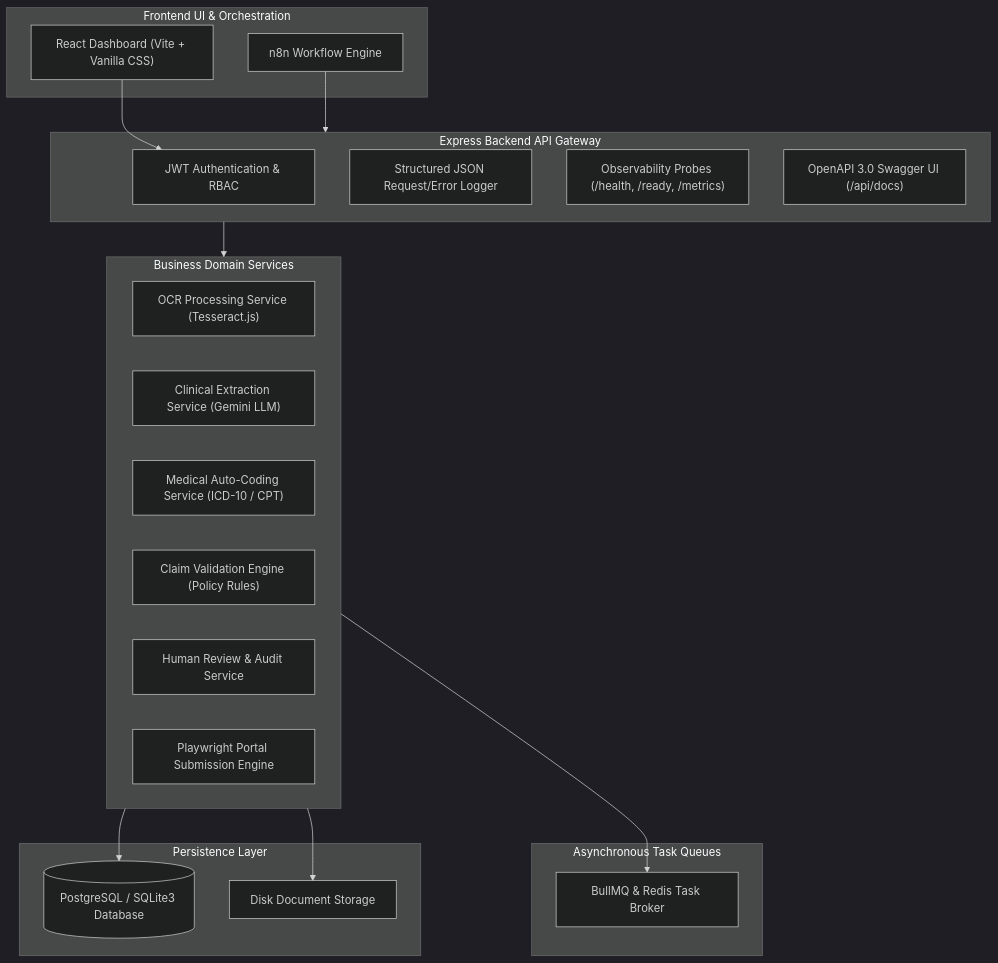
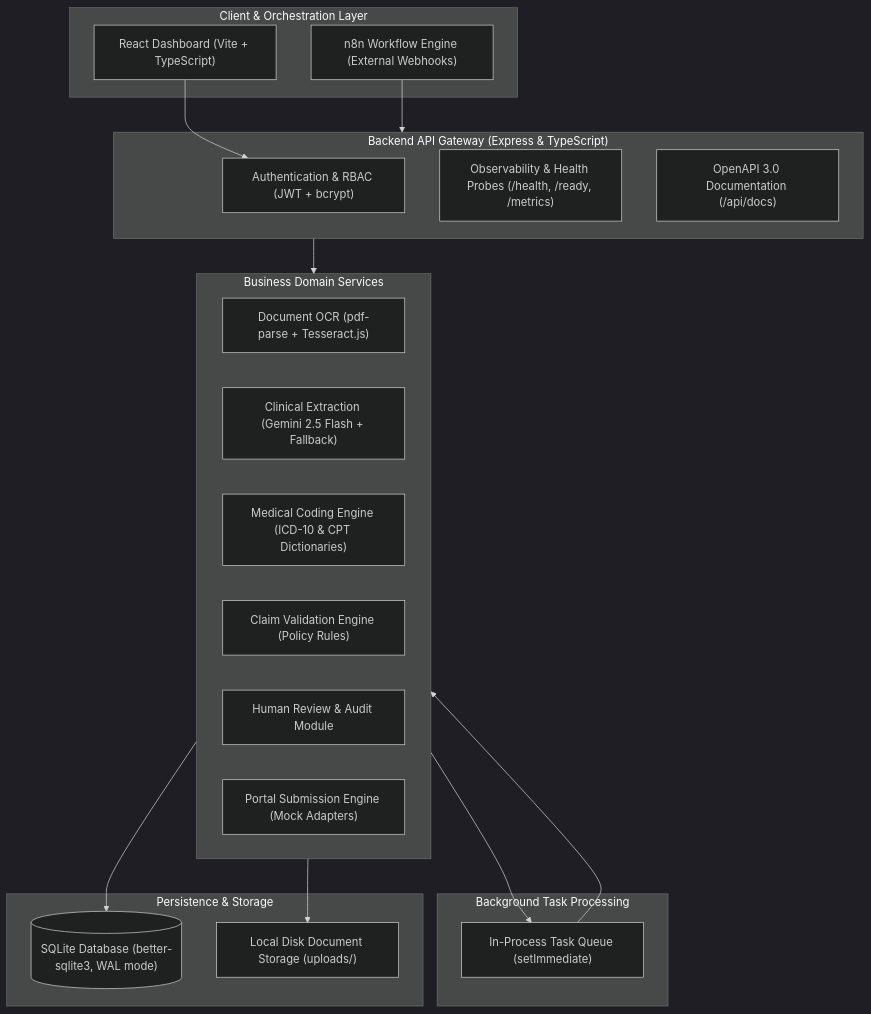
Before and after one commit to kik1211/agentic-medclaims-automation: the diagram in README.md, drawn with Mermaid (dark theme). The commit also changed other lines of this file and 30 other files, not shown here.

````diff
--- a/README.md
+++ b/README.md
@@ -39,39 +39,39 @@
 ```mermaid
 flowchart TB
-    subgraph ClientLayer ["Frontend UI & Orchestration"]
-        UI["React Dashboard (Vite + Vanilla CSS)"]
-        N8N["n8n Workflow Engine"]
+    subgraph ClientLayer ["Client & Orchestration Layer"]
+        UI["React Dashboard (Vite + TypeScript)"]
+        N8N["n8n Workflow Engine (External Webhooks)"]
     end
 
-    subgraph APIGateway ["Express Backend API Gateway"]
-        AUTH["JWT Authentication & RBAC"]
-        LOGGER["Structured JSON Request/Error Logger"]
-        METRICS["Observability Probes (/health, /ready, /metrics)"]
-        SWAGGER["OpenAPI 3.0 Swagger UI (/api/docs)"]
+    subgraph APILayer ["Backend API Gateway (Express & TypeScript)"]
+        AUTH["Authentication & RBAC (JWT + bcrypt)"]
+        OBS["Observability & Health Probes (/health, /ready, /metrics)"]
+        SWAGGER["OpenAPI 3.0 Documentation (/api/docs)"]
     end
 
-    subgraph DomainServices ["Business Domain Services"]
-        OCR["OCR Processing Service (Tesseract.js)"]
-        LLM["Clinical Extraction Service (Gemini LLM)"]
-        CODING["Medical Auto-Coding Service (ICD-10 / CPT)"]
+    subgraph ServiceLayer ["Business Domain Services"]
+        OCR["Document OCR (pdf-parse + Tesseract.js)"]
+        LLM["Clinical Extraction (Gemini 2.5 Flash + Fallback)"]
+        CODING["Medical Coding Engine (ICD-10 & CPT Dictionaries)"]
         VAL["Claim Validation Engine (Policy Rules)"]
-        REV["Human Review & Audit Service"]
-        SUB["Playwright Portal Submission Engine"]
+        REV["Human Review & Audit Module"]
+        SUB["Portal Submission Engine (Mock Adapters)"]
     end
 
-    subgraph QueueBroker ["Asynchronous Task Queues"]
-        REDIS["BullMQ & Redis Task Broker"]
+    subgraph TaskLayer ["Background Task Processing"]
+        WORKER["In-Process Task Queue (setImmediate)"]
     end
 
-    subgraph Persistence ["Persistence Layer"]
-        DB[("PostgreSQL / SQLite3 Database")]
-        STORAGE["Disk Document Storage"]
+    subgraph PersistenceLayer ["Persistence & Storage"]
+        DB[("SQLite Database (better-sqlite3, WAL mode)")]
+        STORAGE["Local Disk Document Storage (uploads/)"]
     end
 
     UI --> AUTH
-    N8N --> APIGateway
-    APIGateway --> DomainServices
-    DomainServices --> REDIS
-    DomainServices --> DB
-    DomainServices --> STORAGE
+    N8N --> APILayer
+    APILayer --> ServiceLayer
+    ServiceLayer --> WORKER
+    ServiceLayer --> DB
+    ServiceLayer --> STORAGE
+    WORKER --> ServiceLayer
 ```
````
